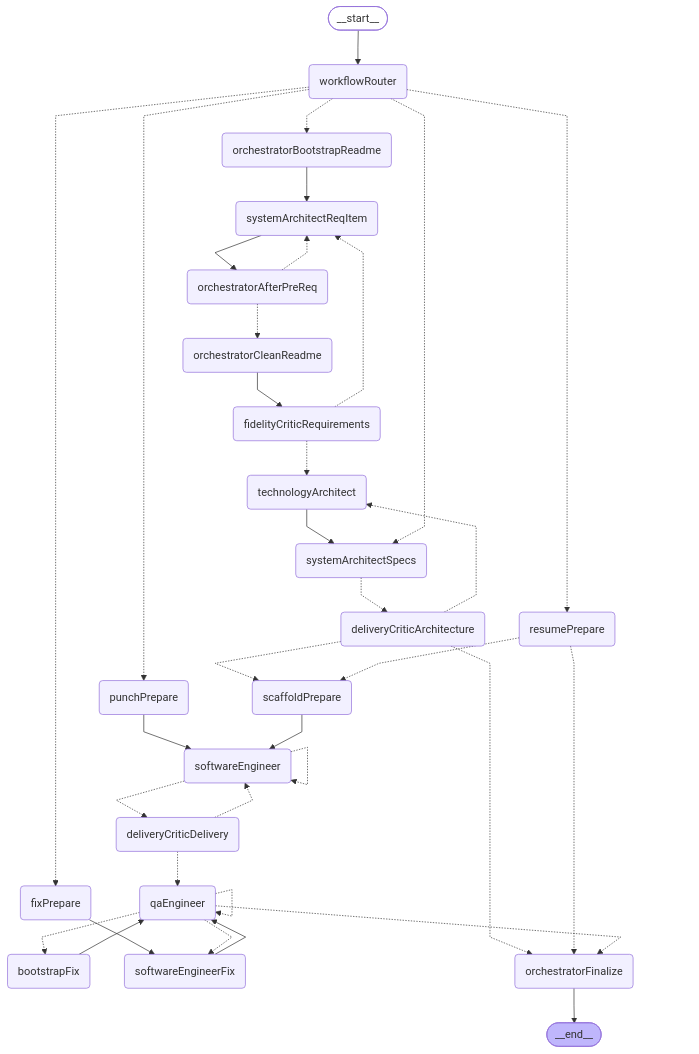
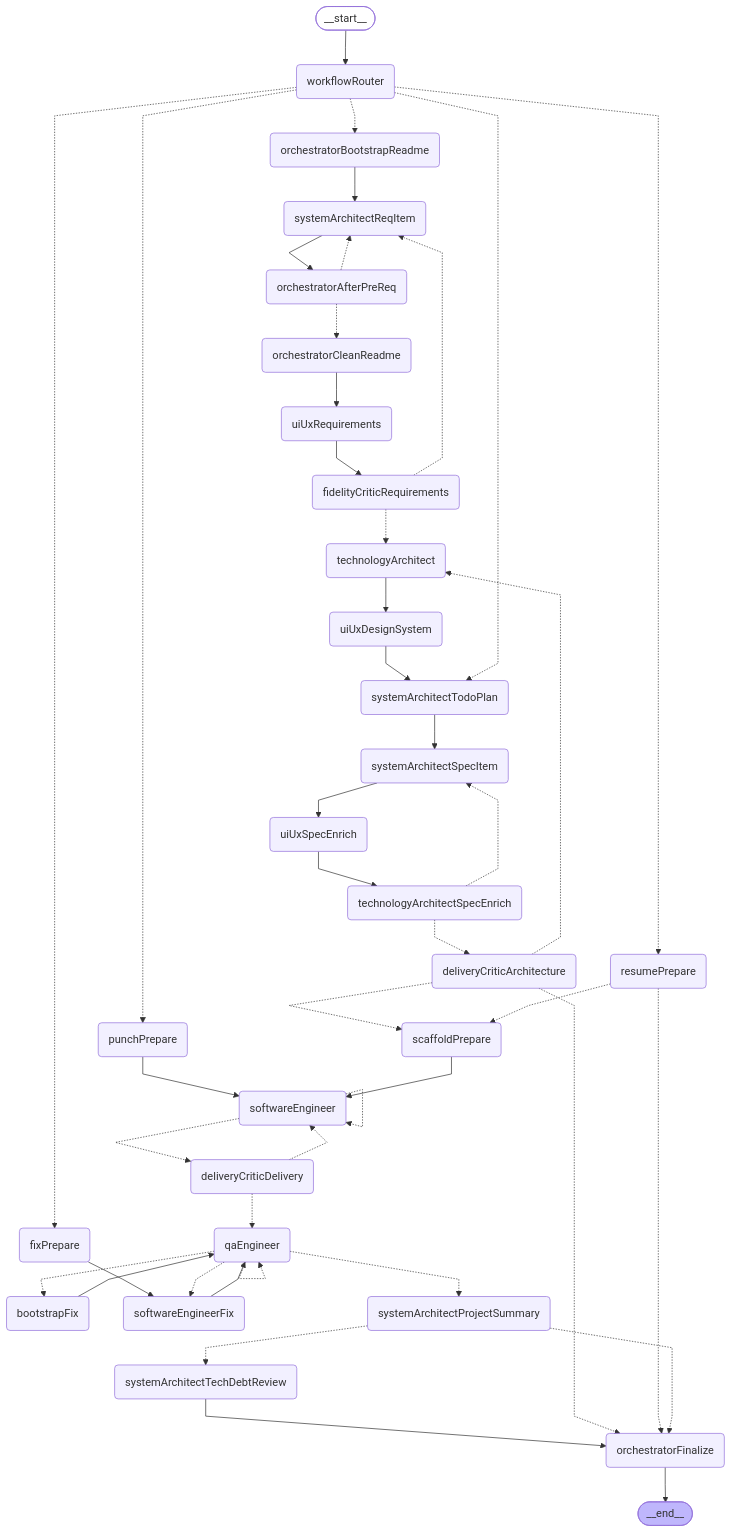
Before and after one commit to hilderney/dev-team-orchestrator-mcp: the diagram in .docs/langgraph.mmd, drawn with Mermaid. The commit also changed 17 other files, not shown here.

```diff
--- a/.docs/langgraph.mmd
+++ b/.docs/langgraph.mmd
@@ -1,61 +1,77 @@
 %% spec-driven pipeline (workflowRouter → full|docs|feature|punch|fix)
 %%{init: {'flowchart': {'curve': 'linear'}}}%%
 graph TD;
 	__start__([<p>__start__</p>]):::first
 	workflowRouter(workflowRouter)
 	punchPrepare(punchPrepare)
 	fixPrepare(fixPrepare)
 	resumePrepare(resumePrepare)
 	orchestratorBootstrapReadme(orchestratorBootstrapReadme)
 	systemArchitectReqItem(systemArchitectReqItem)
 	orchestratorAfterPreReq(orchestratorAfterPreReq)
 	orchestratorCleanReadme(orchestratorCleanReadme)
+	uiUxRequirements(uiUxRequirements)
 	fidelityCriticRequirements(fidelityCriticRequirements)
 	technologyArchitect(technologyArchitect)
-	systemArchitectSpecs(systemArchitectSpecs)
+	uiUxDesignSystem(uiUxDesignSystem)
+	systemArchitectTodoPlan(systemArchitectTodoPlan)
+	systemArchitectSpecItem(systemArchitectSpecItem)
+	uiUxSpecEnrich(uiUxSpecEnrich)
+	technologyArchitectSpecEnrich(technologyArchitectSpecEnrich)
 	deliveryCriticArchitecture(deliveryCriticArchitecture)
 	scaffoldPrepare(scaffoldPrepare)
 	bootstrapFix(bootstrapFix)
 	softwareEngineer(softwareEngineer)
 	deliveryCriticDelivery(deliveryCriticDelivery)
 	softwareEngineerFix(softwareEngineerFix)
 	qaEngineer(qaEngineer)
+	systemArchitectProjectSummary(systemArchitectProjectSummary)
+	systemArchitectTechDebtReview(systemArchitectTechDebtReview)
 	orchestratorFinalize(orchestratorFinalize)
 	__end__([<p>__end__</p>]):::last
 	__start__ --> workflowRouter;
 	bootstrapFix --> qaEngineer;
 	fixPrepare --> softwareEngineerFix;
 	orchestratorBootstrapReadme --> systemArchitectReqItem;
-	orchestratorCleanReadme --> fidelityCriticRequirements;
+	orchestratorCleanReadme --> uiUxRequirements;
 	orchestratorFinalize --> __end__;
 	punchPrepare --> softwareEngineer;
 	scaffoldPrepare --> softwareEngineer;
 	softwareEngineerFix --> qaEngineer;
 	systemArchitectReqItem --> orchestratorAfterPreReq;
-	technologyArchitect --> systemArchitectSpecs;
+	systemArchitectSpecItem --> uiUxSpecEnrich;
+	systemArchitectTechDebtReview --> orchestratorFinalize;
+	systemArchitectTodoPlan --> systemArchitectSpecItem;
+	technologyArchitect --> uiUxDesignSystem;
+	uiUxDesignSystem --> systemArchitectTodoPlan;
+	uiUxRequirements --> fidelityCriticRequirements;
+	uiUxSpecEnrich --> technologyArchitectSpecEnrich;
 	workflowRouter -.-> orchestratorBootstrapReadme;
-	workflowRouter -.-> systemArchitectSpecs;
+	workflowRouter -.-> systemArchitectTodoPlan;
 	workflowRouter -.-> punchPrepare;
 	workflowRouter -.-> fixPrepare;
 	workflowRouter -.-> resumePrepare;
 	orchestratorAfterPreReq -.-> systemArchitectReqItem;
 	orchestratorAfterPreReq -.-> orchestratorCleanReadme;
 	fidelityCriticRequirements -.-> systemArchitectReqItem;
 	fidelityCriticRequirements -.-> technologyArchitect;
-	systemArchitectSpecs -.-> deliveryCriticArchitecture;
+	technologyArchitectSpecEnrich -.-> systemArchitectSpecItem;
+	technologyArchitectSpecEnrich -.-> deliveryCriticArchitecture;
 	deliveryCriticArchitecture -.-> technologyArchitect;
 	deliveryCriticArchitecture -.-> scaffoldPrepare;
 	deliveryCriticArchitecture -.-> orchestratorFinalize;
 	resumePrepare -.-> scaffoldPrepare;
 	resumePrepare -.-> orchestratorFinalize;
 	softwareEngineer -.-> deliveryCriticDelivery;
 	deliveryCriticDelivery -.-> softwareEngineer;
 	deliveryCriticDelivery -.-> qaEngineer;
 	qaEngineer -.-> softwareEngineerFix;
 	qaEngineer -.-> bootstrapFix;
-	qaEngineer -.-> orchestratorFinalize;
+	qaEngineer -.-> systemArchitectProjectSummary;
+	systemArchitectProjectSummary -.-> systemArchitectTechDebtReview;
+	systemArchitectProjectSummary -.-> orchestratorFinalize;
 	softwareEngineer -.-> softwareEngineer;
 	qaEngineer -.-> qaEngineer;
 	classDef default fill:#f2f0ff,line-height:1.2;
 	classDef first fill-opacity:0;
 	classDef last fill:#bfb6fc;
```
